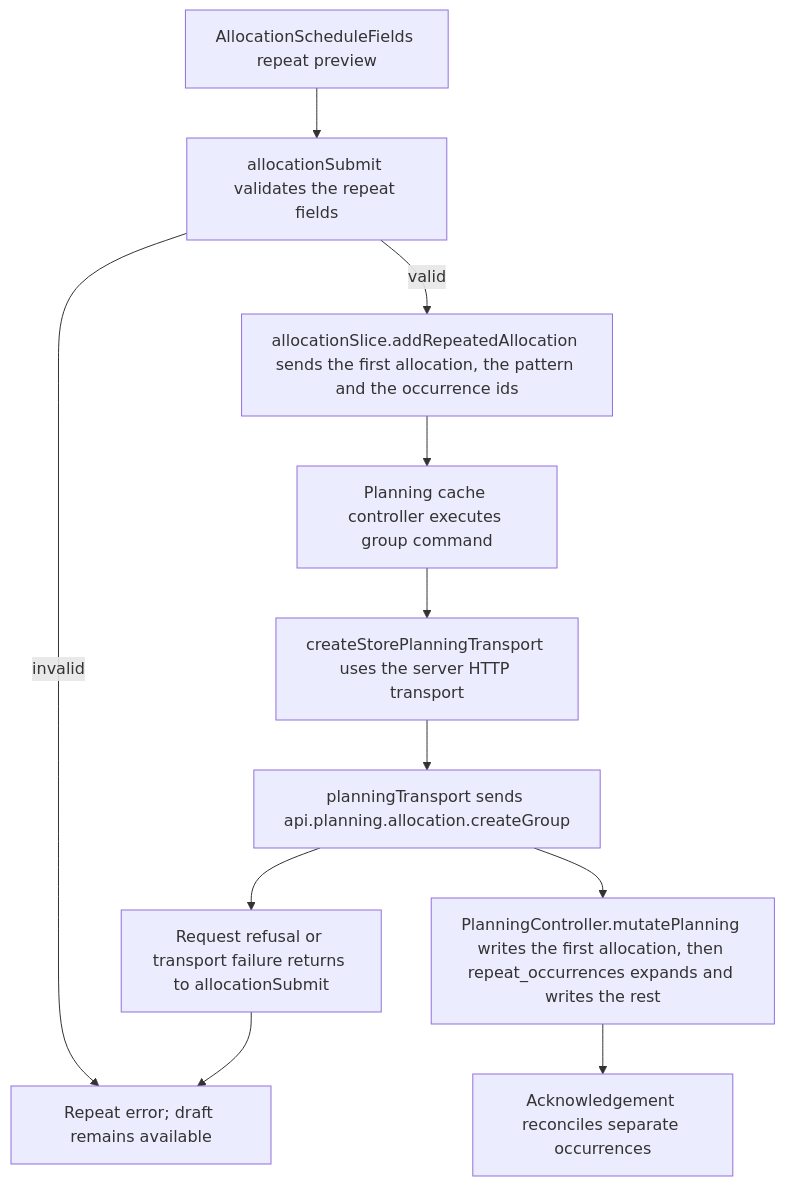
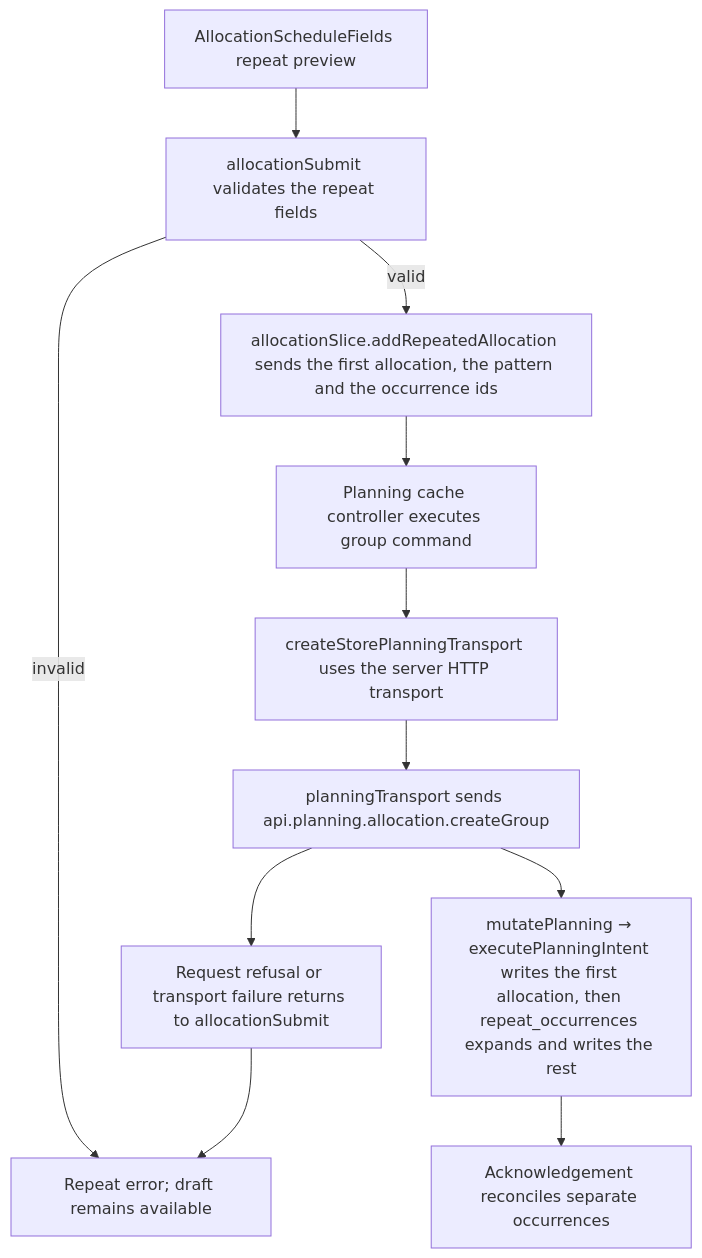
Before and after one commit to Kevinjohn/capacitylens: the second of 2 diagrams in user-stories/allocation/US-ALL-09-repeat-creation.md, drawn with Mermaid. The commit also changed 2 other files, not shown here.

Commit message:
Name the first-id rule for the one request it serves
Refs #2143

````diff
--- a/user-stories/allocation/US-ALL-09-repeat-creation.md
+++ b/user-stories/allocation/US-ALL-09-repeat-creation.md
@@ -44,13 +44,13 @@
 ```mermaid
 flowchart TD
   A["AllocationScheduleFields repeat preview"] --> B["allocationSubmit validates the repeat fields"]
   B -->|valid| C["allocationSlice.addRepeatedAllocation sends the first allocation, the pattern and the occurrence ids"]
   B -->|invalid| I["Repeat/date error; no write"]
   C --> D["Planning cache controller executes group command"]
   D --> E["createStorePlanningTransport uses the server HTTP transport"]
   E --> F["planningTransport sends api.planning.allocation.createGroup"]
   F --> J["Request refusal or transport failure returns to allocationSubmit"]
   J --> I["Repeat error; draft remains available"]
-  F --> G["PlanningController.mutatePlanning writes the first allocation, then repeat_occurrences expands and writes the rest"]
+  F --> G["mutatePlanning → executePlanningIntent writes the first allocation, then repeat_occurrences expands and writes the rest"]
   G --> H["Acknowledgement reconciles separate occurrences"]
 ```
````
